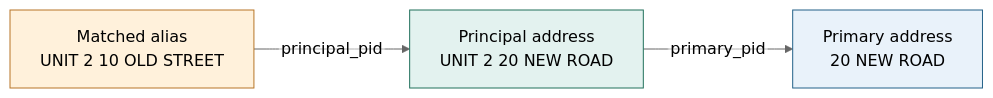
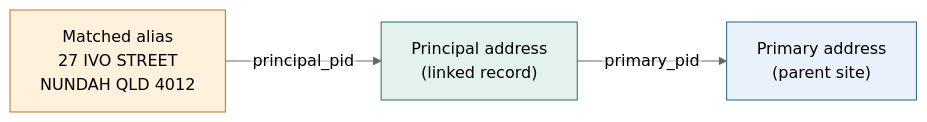
The fourth of 5 diagrams in slides/gnafr-overview.qmd (KyleHaynes/gnafr), drawn with Mermaid (neutral theme) before and after one commit. The commit also changed other lines of this file and 3 other files, not shown here.

````diff
--- a/slides/gnafr-overview.qmd
+++ b/slides/gnafr-overview.qmd
@@ -590,12 +590,12 @@
 ```{mermaid}
 %%| eval: true
 %%| echo: false
 %%| fig-height: 2.7
 %%{init: {'flowchart': {'htmlLabels': false}}}%%
 flowchart LR
-  A["Matched alias<br/>UNIT 2 10 OLD STREET"] -->|principal_pid| B["Principal address<br/>UNIT 2 20 NEW ROAD"]
-  B -->|primary_pid| C["Primary address<br/>20 NEW ROAD"]
+  A["Matched alias<br/>27 IVO STREET<br/>NUNDAH QLD 4012"] -->|principal_pid| B["Principal address<br/>(linked record)"]
+  B -->|primary_pid| C["Primary address<br/>(parent site)"]
   style A fill:#fff1db,stroke:#b77526
   style B fill:#e3f2ef,stroke:#21705b
   style C fill:#e9f2fa,stroke:#236188
 ```
````
